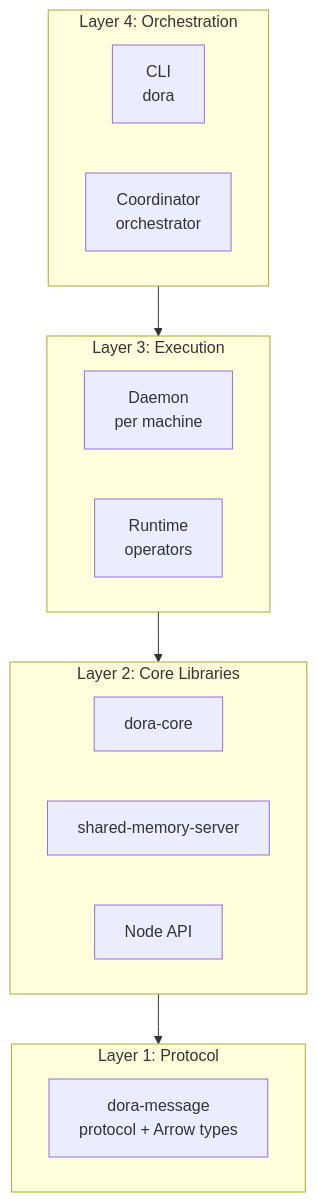
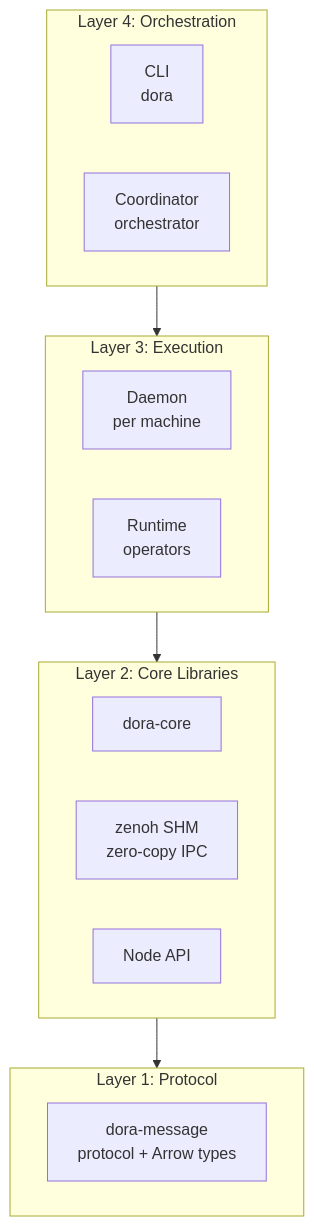
The diagram in docs/architecture.md (dora-rs/dora), drawn with Mermaid before and after one commit. The commit also changed other lines of this file and 6 other files, not shown here.

First line of the commit message:
docs: drop stale shared-memory-server references (crate removed)

````diff
--- a/docs/architecture.md
+++ b/docs/architecture.md
@@ -16,26 +16,26 @@
 ```mermaid
 flowchart TB
     subgraph L4[Layer 4: Orchestration]
         CLI[CLI<br/>dora]
         Coordinator[Coordinator<br/>orchestrator]
     end
 
     subgraph L3[Layer 3: Execution]
         Daemon[Daemon<br/>per machine]
         Runtime[Runtime<br/>operators]
     end
 
     subgraph L2[Layer 2: Core Libraries]
         Core[dora-core]
-        Shmem[shared-memory-server]
+        Shmem[zenoh SHM<br/>zero-copy IPC]
         NodeApi[Node API]
     end
 
     subgraph L1[Layer 1: Protocol]
         Message[dora-message<br/>protocol + Arrow types]
     end
 
     L4 --> L3
     L3 --> L2
     L2 --> L1
 ```
````
